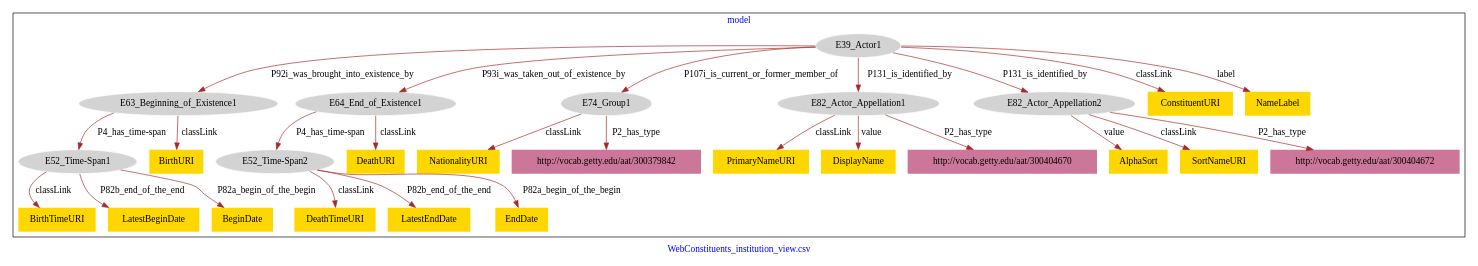
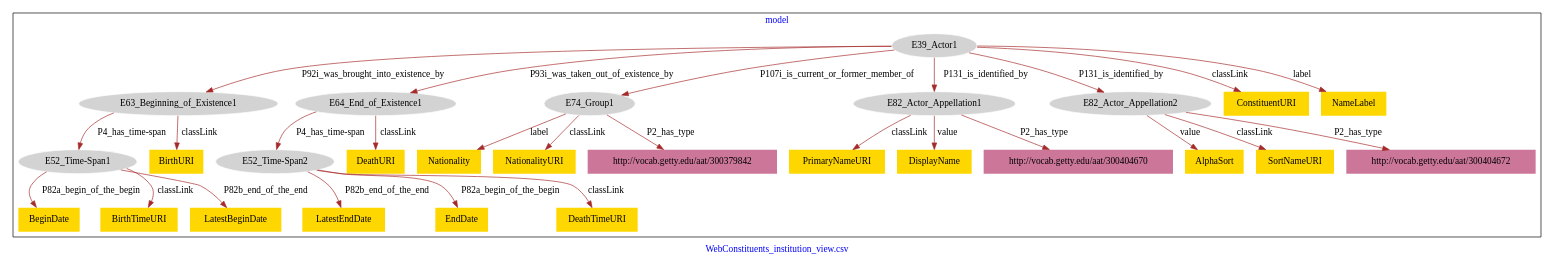
The diagram in WebConstituents_institution_view/WebConstituents_institution_view-model.dot (american-art/SAAM), drawn with Graphviz before and after one commit.

Commit message:
Update file WebConstituents_institution_view-model.dot

```diff
--- a/WebConstituents_institution_view/WebConstituents_institution_view-model.dot
+++ b/WebConstituents_institution_view/WebConstituents_institution_view-model.dot
@@ -1,59 +1,61 @@
 digraph n0 {
 fontcolor="blue"
 remincross="true"
 label="WebConstituents_institution_view.csv"
 subgraph cluster {
 label="model"
 n2[style="filled",color="white",fillcolor="lightgray",label="E39_Actor1"];
 n3[style="filled",color="white",fillcolor="lightgray",label="E63_Beginning_of_Existence1"];
 n4[style="filled",color="white",fillcolor="lightgray",label="E64_End_of_Existence1"];
 n5[style="filled",color="white",fillcolor="lightgray",label="E74_Group1"];
 n6[style="filled",color="white",fillcolor="lightgray",label="E82_Actor_Appellation1"];
 n7[style="filled",color="white",fillcolor="lightgray",label="E82_Actor_Appellation2"];
 n8[style="filled",color="white",fillcolor="lightgray",label="E52_Time-Span1"];
 n9[style="filled",color="white",fillcolor="lightgray",label="E52_Time-Span2"];
-n10[shape="plaintext",style="filled",fillcolor="gold",label="DeathTimeURI"];
-n11[shape="plaintext",style="filled",fillcolor="gold",label="ConstituentURI"];
-n12[shape="plaintext",style="filled",fillcolor="gold",label="BirthURI"];
-n13[shape="plaintext",style="filled",fillcolor="gold",label="AlphaSort"];
-n14[shape="plaintext",style="filled",fillcolor="gold",label="DeathURI"];
-n15[shape="plaintext",style="filled",fillcolor="gold",label="LatestEndDate"];
-n16[shape="plaintext",style="filled",fillcolor="gold",label="BirthTimeURI"];
-n17[shape="plaintext",style="filled",fillcolor="gold",label="PrimaryNameURI"];
+n10[shape="plaintext",style="filled",fillcolor="gold",label="BirthURI"];
+n11[shape="plaintext",style="filled",fillcolor="gold",label="Nationality"];
+n12[shape="plaintext",style="filled",fillcolor="gold",label="LatestEndDate"];
+n13[shape="plaintext",style="filled",fillcolor="gold",label="PrimaryNameURI"];
+n14[shape="plaintext",style="filled",fillcolor="gold",label="NationalityURI"];
+n15[shape="plaintext",style="filled",fillcolor="gold",label="ConstituentURI"];
+n16[shape="plaintext",style="filled",fillcolor="gold",label="DisplayName"];
+n17[shape="plaintext",style="filled",fillcolor="gold",label="BeginDate"];
 n18[shape="plaintext",style="filled",fillcolor="gold",label="EndDate"];
-n19[shape="plaintext",style="filled",fillcolor="gold",label="SortNameURI"];
-n20[shape="plaintext",style="filled",fillcolor="gold",label="LatestBeginDate"];
-n21[shape="plaintext",style="filled",fillcolor="gold",label="BeginDate"];
-n22[shape="plaintext",style="filled",fillcolor="gold",label="NationalityURI"];
-n23[shape="plaintext",style="filled",fillcolor="gold",label="NameLabel"];
-n24[shape="plaintext",style="filled",fillcolor="gold",label="DisplayName"];
-n25[shape="plaintext",style="filled",fillcolor="#CC7799",label="http://vocab.getty.edu/aat/300379842"];
-n26[shape="plaintext",style="filled",fillcolor="#CC7799",label="http://vocab.getty.edu/aat/300404670"];
-n27[shape="plaintext",style="filled",fillcolor="#CC7799",label="http://vocab.getty.edu/aat/300404672"];
+n19[shape="plaintext",style="filled",fillcolor="gold",label="NameLabel"];
+n20[shape="plaintext",style="filled",fillcolor="gold",label="BirthTimeURI"];
+n21[shape="plaintext",style="filled",fillcolor="gold",label="AlphaSort"];
+n22[shape="plaintext",style="filled",fillcolor="gold",label="LatestBeginDate"];
+n23[shape="plaintext",style="filled",fillcolor="gold",label="DeathTimeURI"];
+n24[shape="plaintext",style="filled",fillcolor="gold",label="DeathURI"];
+n25[shape="plaintext",style="filled",fillcolor="gold",label="SortNameURI"];
+n26[shape="plaintext",style="filled",fillcolor="#CC7799",label="http://vocab.getty.edu/aat/300379842"];
+n27[shape="plaintext",style="filled",fillcolor="#CC7799",label="http://vocab.getty.edu/aat/300404670"];
+n28[shape="plaintext",style="filled",fillcolor="#CC7799",label="http://vocab.getty.edu/aat/300404672"];
 }
 n2 -> n3[color="brown",fontcolor="black",label="P92i_was_brought_into_existence_by"]
 n2 -> n4[color="brown",fontcolor="black",label="P93i_was_taken_out_of_existence_by"]
 n2 -> n5[color="brown",fontcolor="black",label="P107i_is_current_or_former_member_of"]
 n2 -> n6[color="brown",fontcolor="black",label="P131_is_identified_by"]
 n2 -> n7[color="brown",fontcolor="black",label="P131_is_identified_by"]
 n3 -> n8[color="brown",fontcolor="black",label="P4_has_time-span"]
 n4 -> n9[color="brown",fontcolor="black",label="P4_has_time-span"]
-n9 -> n10[color="brown",fontcolor="black",label="classLink"]
-n2 -> n11[color="brown",fontcolor="black",label="classLink"]
-n3 -> n12[color="brown",fontcolor="black",label="classLink"]
-n7 -> n13[color="brown",fontcolor="black",label="value"]
-n4 -> n14[color="brown",fontcolor="black",label="classLink"]
-n9 -> n15[color="brown",fontcolor="black",label="P82b_end_of_the_end"]
-n8 -> n16[color="brown",fontcolor="black",label="classLink"]
-n6 -> n17[color="brown",fontcolor="black",label="classLink"]
+n3 -> n10[color="brown",fontcolor="black",label="classLink"]
+n5 -> n11[color="brown",fontcolor="black",label="label"]
+n9 -> n12[color="brown",fontcolor="black",label="P82b_end_of_the_end"]
+n6 -> n13[color="brown",fontcolor="black",label="classLink"]
+n5 -> n14[color="brown",fontcolor="black",label="classLink"]
+n2 -> n15[color="brown",fontcolor="black",label="classLink"]
+n6 -> n16[color="brown",fontcolor="black",label="value"]
+n8 -> n17[color="brown",fontcolor="black",label="P82a_begin_of_the_begin"]
 n9 -> n18[color="brown",fontcolor="black",label="P82a_begin_of_the_begin"]
-n7 -> n19[color="brown",fontcolor="black",label="classLink"]
-n8 -> n20[color="brown",fontcolor="black",label="P82b_end_of_the_end"]
-n8 -> n21[color="brown",fontcolor="black",label="P82a_begin_of_the_begin"]
-n5 -> n22[color="brown",fontcolor="black",label="classLink"]
-n2 -> n23[color="brown",fontcolor="black",label="label"]
-n6 -> n24[color="brown",fontcolor="black",label="value"]
-n5 -> n25[color="brown",fontcolor="black",label="P2_has_type"]
-n6 -> n26[color="brown",fontcolor="black",label="P2_has_type"]
-n7 -> n27[color="brown",fontcolor="black",label="P2_has_type"]
+n2 -> n19[color="brown",fontcolor="black",label="label"]
+n8 -> n20[color="brown",fontcolor="black",label="classLink"]
+n7 -> n21[color="brown",fontcolor="black",label="value"]
+n8 -> n22[color="brown",fontcolor="black",label="P82b_end_of_the_end"]
+n9 -> n23[color="brown",fontcolor="black",label="classLink"]
+n4 -> n24[color="brown",fontcolor="black",label="classLink"]
+n7 -> n25[color="brown",fontcolor="black",label="classLink"]
+n5 -> n26[color="brown",fontcolor="black",label="P2_has_type"]
+n6 -> n27[color="brown",fontcolor="black",label="P2_has_type"]
+n7 -> n28[color="brown",fontcolor="black",label="P2_has_type"]
 }
```
